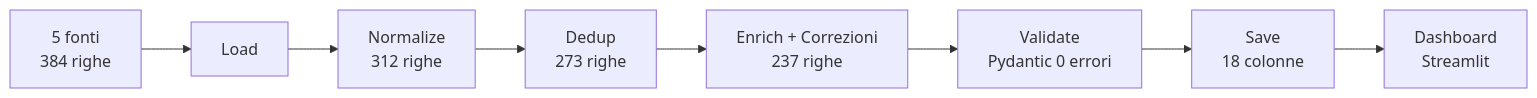
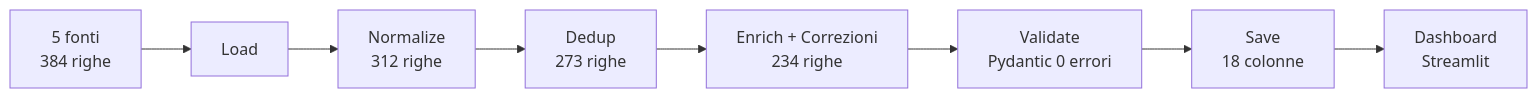
Before and after one commit to CosimoMelella92/MIDA-Missioni-Internazionali-e-Dati-Analitici: the diagram in README.md, drawn with Mermaid. The commit also changed other lines of this file and 2 other files, not shown here.

````diff
--- a/README.md
+++ b/README.md
@@ -118,10 +118,10 @@
 ```mermaid
 graph LR
     A[5 fonti<br/>384 righe] --> B[Load]
     B --> C[Normalize<br/>312 righe]
     C --> D[Dedup<br/>273 righe]
-    D --> E[Enrich + Correzioni<br/>237 righe]
+    D --> E[Enrich + Correzioni<br/>234 righe]
     E --> F[Validate<br/>Pydantic 0 errori]
     F --> G[Save<br/>18 colonne]
     G --> H[Dashboard<br/>Streamlit]
 ```
````
